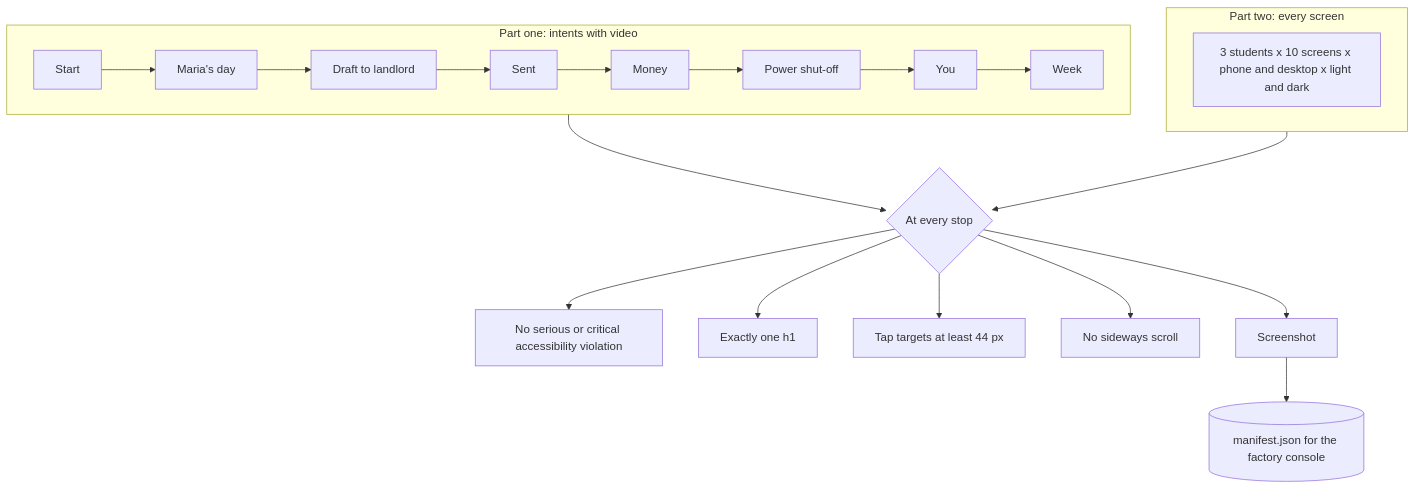
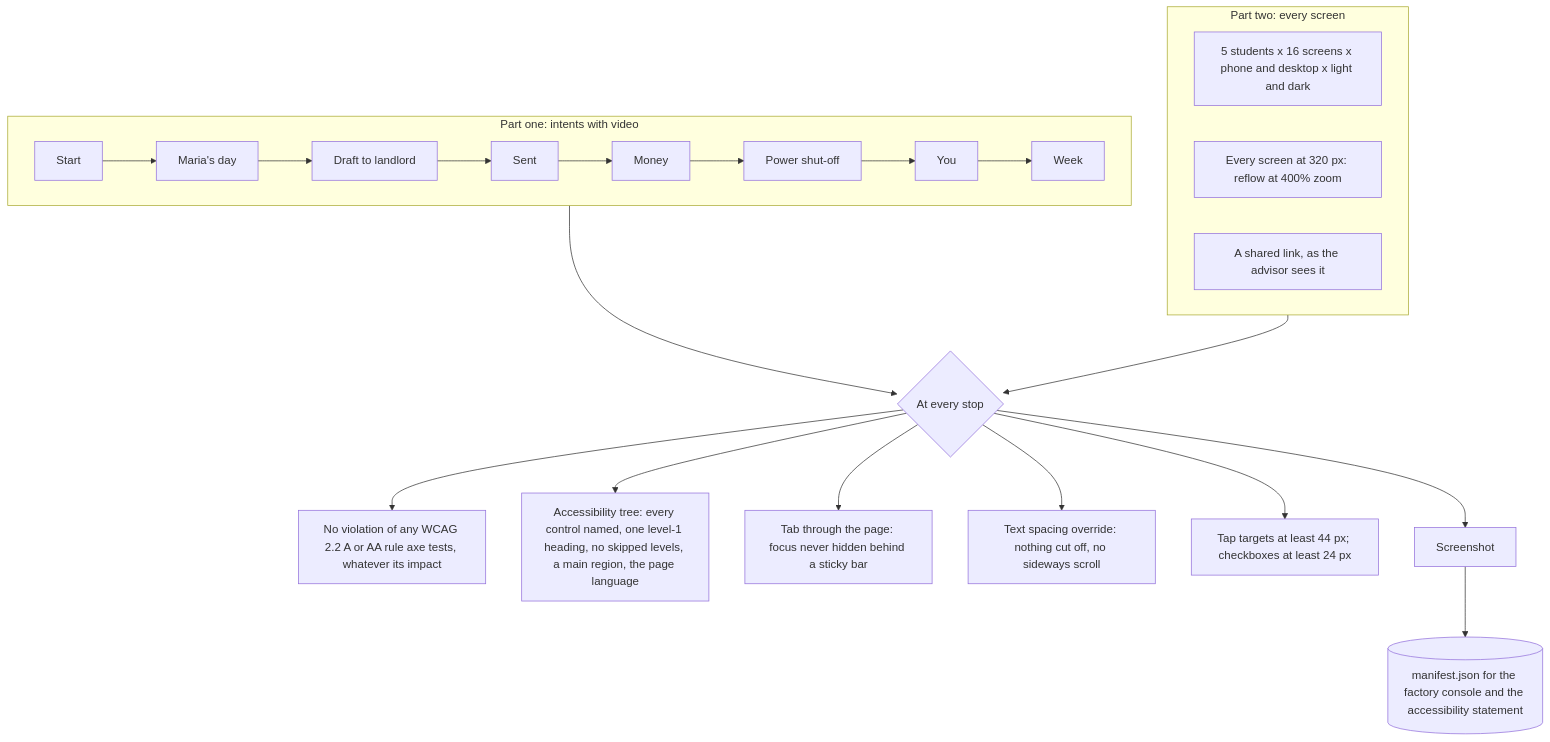
Before and after one commit to russlittle/ZTHR: the diagram in docs/testing/ui-walk.md, drawn with Mermaid. The commit also changed other lines of this file and 573 other files, not shown here.

````diff
--- a/docs/testing/ui-walk.md
+++ b/docs/testing/ui-walk.md
@@ -7,16 +8,19 @@
 ```mermaid
 flowchart TD
   subgraph one[Part one: intents with video]
     a1[Start] --> a2[Maria's day] --> a3[Draft to landlord] --> a4[Sent] --> a5[Money] --> a6[Power shut-off] --> a7[You] --> a8[Week]
   end
   subgraph two[Part two: every screen]
-    s[3 students x 10 screens x phone and desktop x light and dark]
+    s[5 students x 16 screens x phone and desktop x light and dark]
+    r[Every screen at 320 px: reflow at 400% zoom]
+    l[A shared link, as the advisor sees it]
   end
   one & two --> inspect{At every stop}
-  inspect --> axe[No serious or critical accessibility violation]
-  inspect --> h1[Exactly one h1]
-  inspect --> tap[Tap targets at least 44 px]
-  inspect --> side[No sideways scroll]
+  inspect --> axe[No violation of any WCAG 2.2 A or AA rule axe tests, whatever its impact]
+  inspect --> tree[Accessibility tree: every control named, one level-1 heading, no skipped levels, a main region, the page language]
+  inspect --> focus[Tab through the page: focus never hidden behind a sticky bar]
+  inspect --> spacing[Text spacing override: nothing cut off, no sideways scroll]
+  inspect --> tap[Tap targets at least 44 px; checkboxes at least 24 px]
   inspect --> shot[Screenshot]
-  shot --> manifest[(manifest.json for the factory console)]
+  shot --> manifest[(manifest.json for the factory console and the accessibility statement)]
 ```
````
